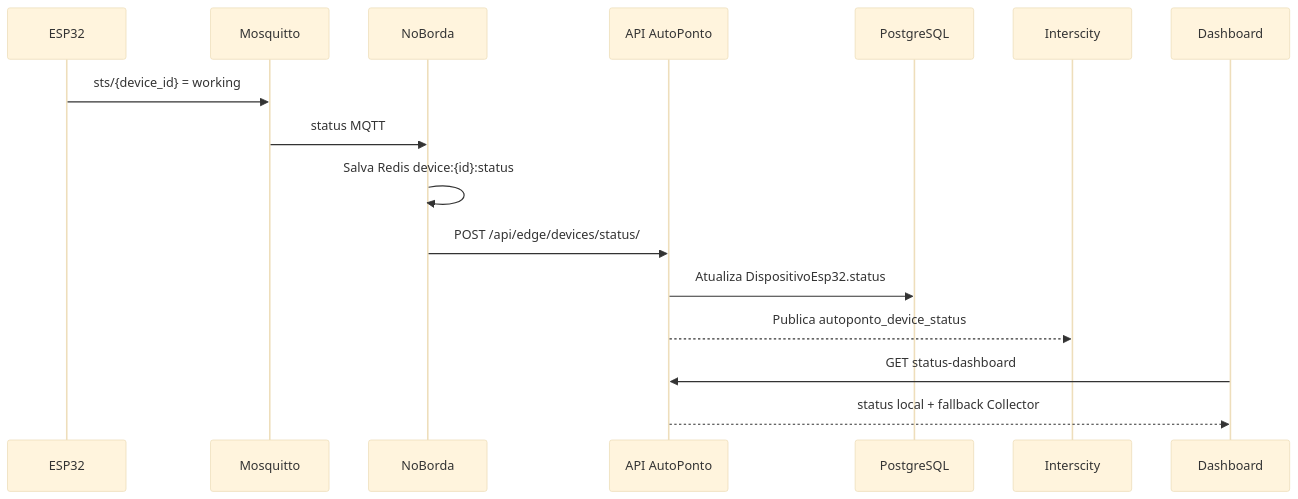
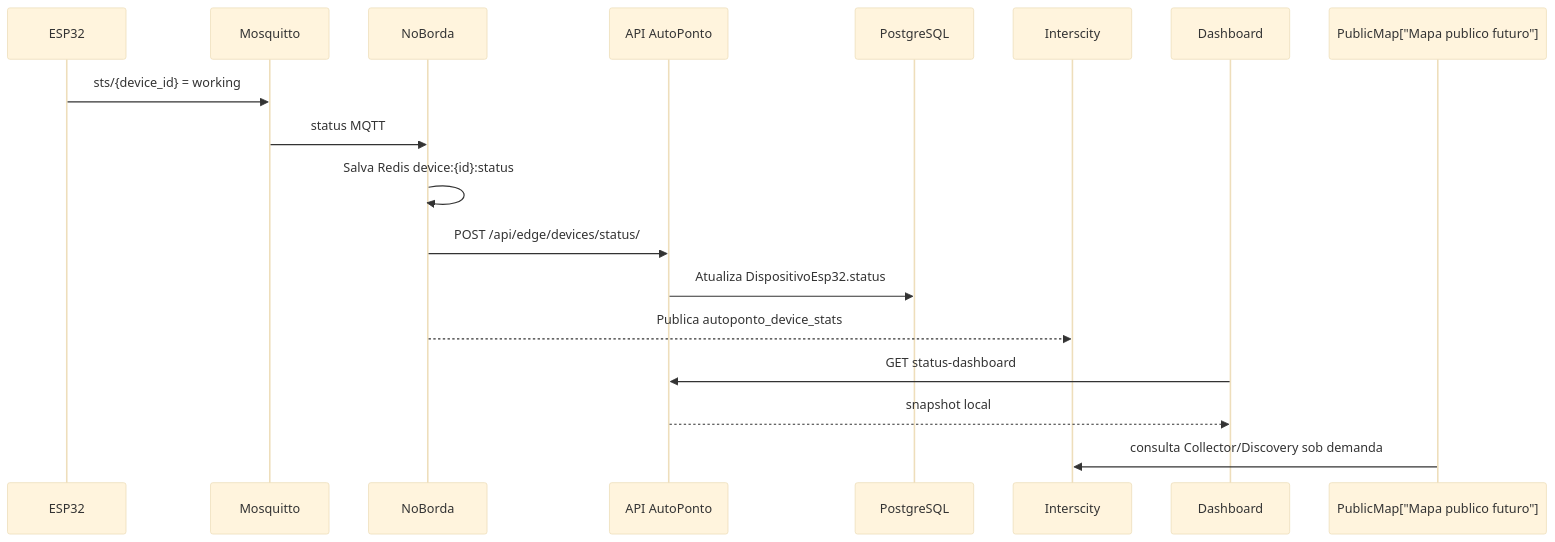
Before and after one commit to DanielKGM/autoponto: the sixth of 11 diagrams in autoponto-backend/docs/diagramas-tcc.md, drawn with Mermaid (base theme). The commit also changed other lines of this file and 9 other files, not shown here.

Commit message:
refactor: Clean up test cases and improve documentation for edge integration and IntersCity API

````diff
--- a/autoponto-backend/docs/diagramas-tcc.md
+++ b/autoponto-backend/docs/diagramas-tcc.md
@@ -123,19 +123,20 @@
 ```mermaid
 sequenceDiagram
     participant ESP as ESP32
     participant MQTT as Mosquitto
     participant Edge as NoBorda
     participant API as API AutoPonto
     participant DB as PostgreSQL
     participant IC as Interscity
     participant Front as Dashboard
 
     ESP->>MQTT: sts/{device_id} = working
     MQTT->>Edge: status MQTT
     Edge->>Edge: Salva Redis device:{id}:status
     Edge->>API: POST /api/edge/devices/status/
     API->>DB: Atualiza DispositivoEsp32.status
-    API-->>IC: Publica autoponto_device_status
+    Edge-->>IC: Publica autoponto_device_stats
     Front->>API: GET status-dashboard
-    API-->>Front: status local + fallback Collector
+    API-->>Front: snapshot local
+    PublicMap["Mapa publico futuro"]->>IC: consulta Collector/Discovery sob demanda
 ```
````
